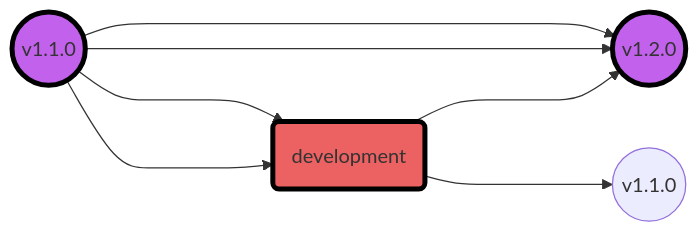
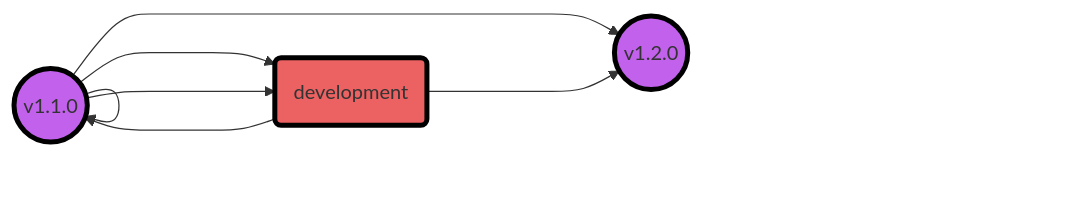
Before and after one commit to MateuSanta/Practica5: the diagram in README.md, drawn with Mermaid.

````diff
--- a/README.md
+++ b/README.md
@@ -11,19 +11,19 @@
  ```mermaid
     graph LR;
-        master((v1.0.0))------->masterfinal((v1.1.0))
+        master((v1.0.0))------->master((v1.1.0))
         master((v1.0.0))---->development(development)
-        development(development)---->master1((v1.1.0))
+        development(development)---->master((v1.1.0))
         master((v1.1.0))---->development(development)
         master((v1.1.0))------->masterfinal((v1.2.0))
         development(development)---->masterfinal((v1.2.0))
     
     classDef purple fill:#C261EC ,stroke: black,stroke-width:4px
     classDef red fill:#EC6161 ,stroke: black,stroke-width:4px
 
     class master purple
     class masterfinal purple
     class development red
     
         
     
 ```
````
